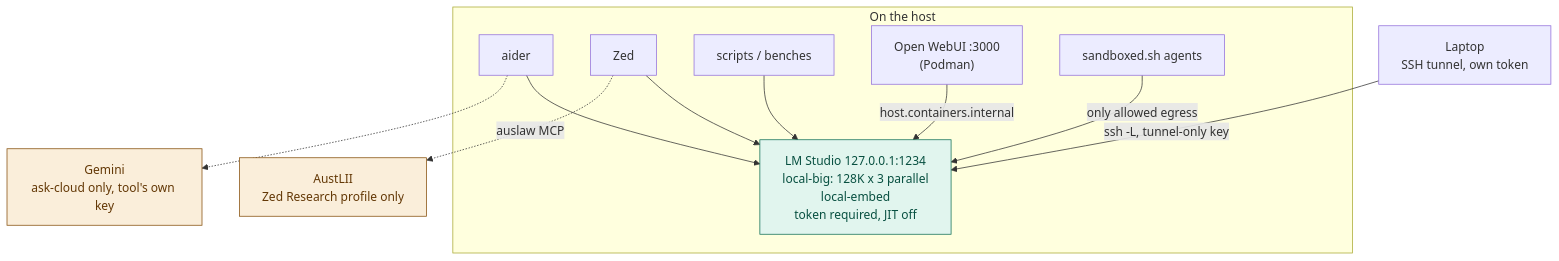
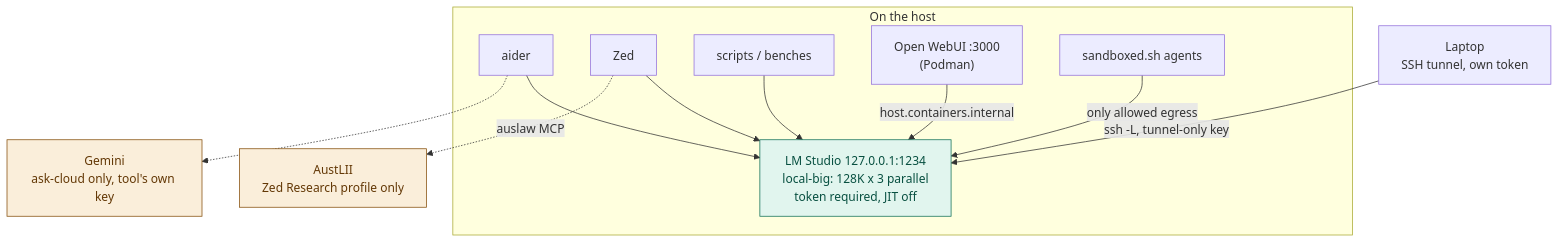
The diagram in docs/ARCHITECTURE.md (ouster/hearth), drawn with Mermaid before and after one commit. The commit also changed other lines of this file and 14 other files, not shown here.

Commit message:
Drop local-embed; nothing called it but the healthcheck.

````diff
--- a/docs/ARCHITECTURE.md
+++ b/docs/ARCHITECTURE.md
@@ -11,29 +11,29 @@
 ```mermaid
 flowchart TB
     subgraph onHost["On the host"]
         aider["aider"]
         zed["Zed"]
         scripts["scripts / benches"]
         webui["Open WebUI :3000<br/>(Podman)"]
         sbx["sandboxed.sh agents"]
-        lms["LM Studio 127.0.0.1:1234<br/>local-big: 128K x 3 parallel<br/>local-embed<br/>token required, JIT off"]
+        lms["LM Studio 127.0.0.1:1234<br/>local-big: 128K x 3 parallel<br/>token required, JIT off"]
     end
 
     laptop["Laptop<br/>SSH tunnel, own token"]
     cloud["Gemini<br/>ask-cloud only, tool's own key"]
     austlii["AustLII<br/>Zed Research profile only"]
 
     aider --> lms
     zed --> lms
     scripts --> lms
     webui -->|"host.containers.internal"| lms
     sbx -->|"only allowed egress"| lms
     laptop -->|"ssh -L, tunnel-only key"| lms
     aider -.-> cloud
     zed -.->|"auslaw MCP"| austlii
 
     classDef localCls fill:#E1F5EE,stroke:#0F6E56,color:#085041
     classDef leaveCls fill:#FAEEDA,stroke:#854F0B,color:#633806
     class lms localCls
     class cloud,austlii leaveCls
 ```
````
